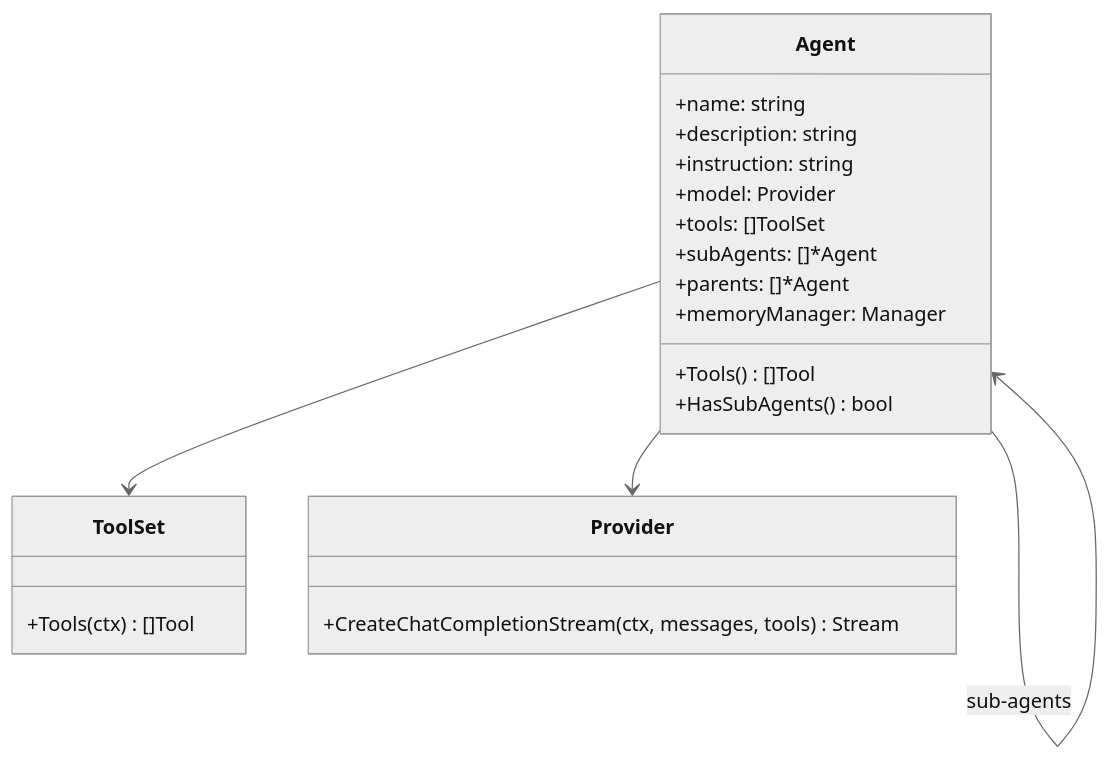
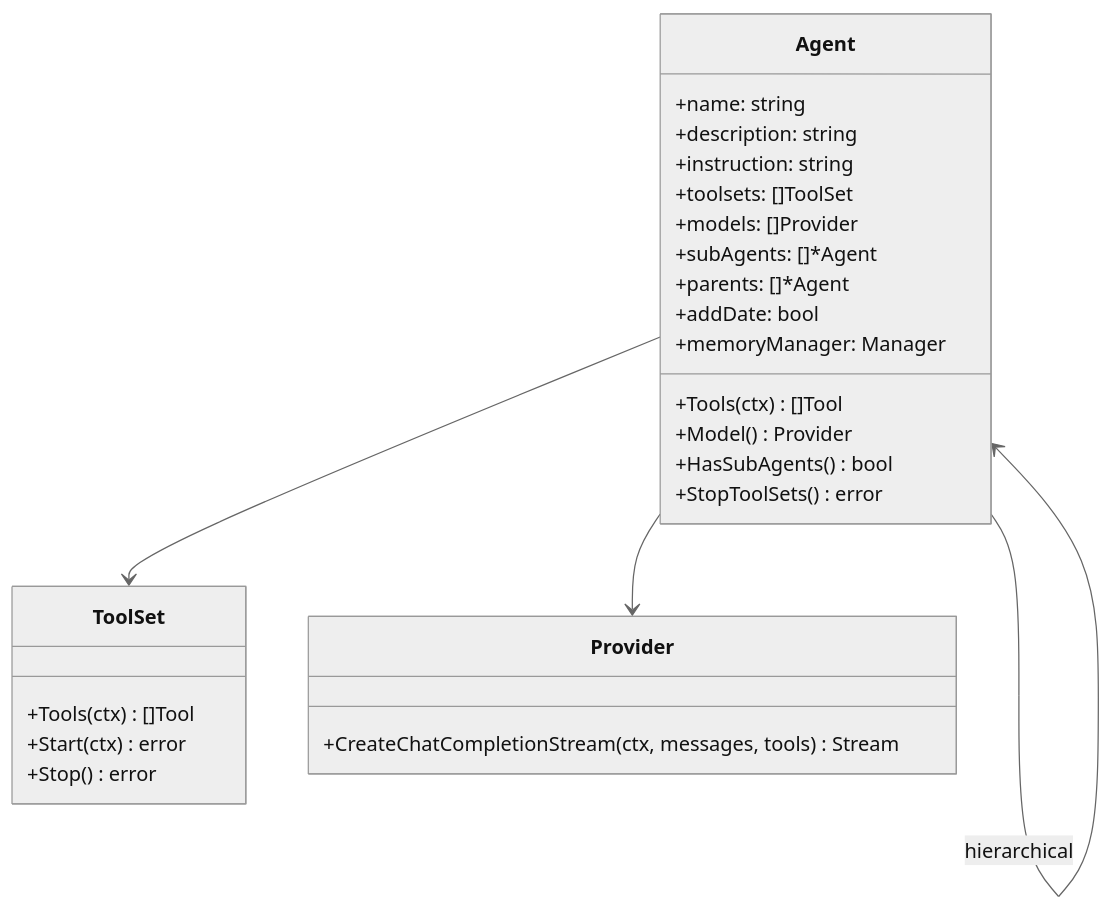
Before and after one commit to vvoland/cagent: the fourth of 12 diagrams in docs/architecture.md, drawn with Mermaid (neutral theme). The commit also changed other lines of this file, not shown here.

Commit message:
Update architecture docs

````diff
--- a/docs/architecture.md
+++ b/docs/architecture.md
@@ -200,28 +229,33 @@
 ```mermaid
 classDiagram
     class Agent {
         +name: string
         +description: string
         +instruction: string
-        +model: Provider
-        +tools: []ToolSet
+        +toolsets: []ToolSet
+        +models: []Provider
         +subAgents: []*Agent
         +parents: []*Agent
+        +addDate: bool
         +memoryManager: Manager
 
-        +Tools() []Tool
+        +Tools(ctx) []Tool
+        +Model() Provider
         +HasSubAgents() bool
+        +StopToolSets() error
     }
 
     class ToolSet {
         +Tools(ctx) []Tool
+        +Start(ctx) error
+        +Stop() error
     }
 
     class Provider {
         +CreateChatCompletionStream(ctx, messages, tools) Stream
     }
 
     Agent --> ToolSet
     Agent --> Provider
-    Agent --> Agent : sub-agents
+    Agent --> Agent : hierarchical
 ```
````
